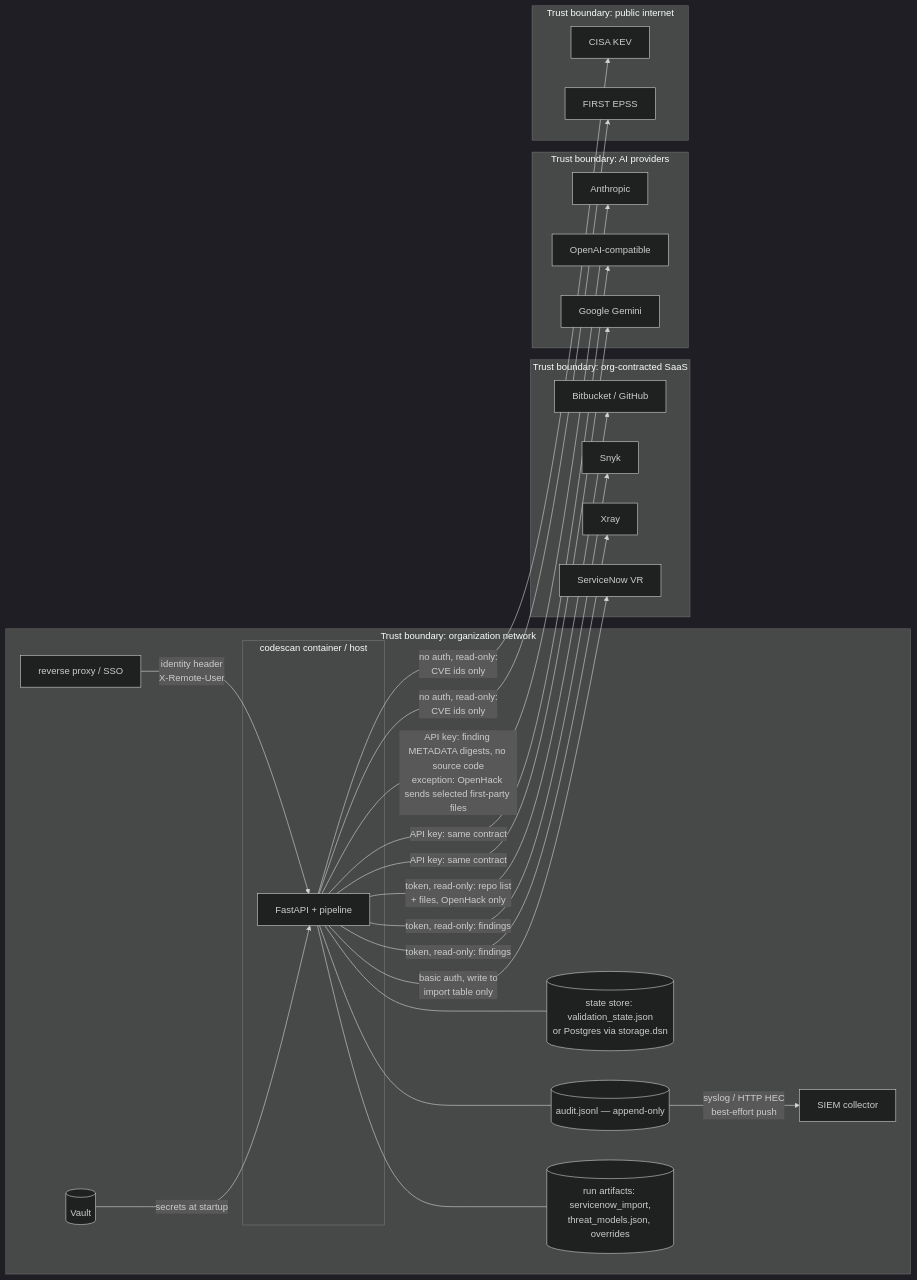
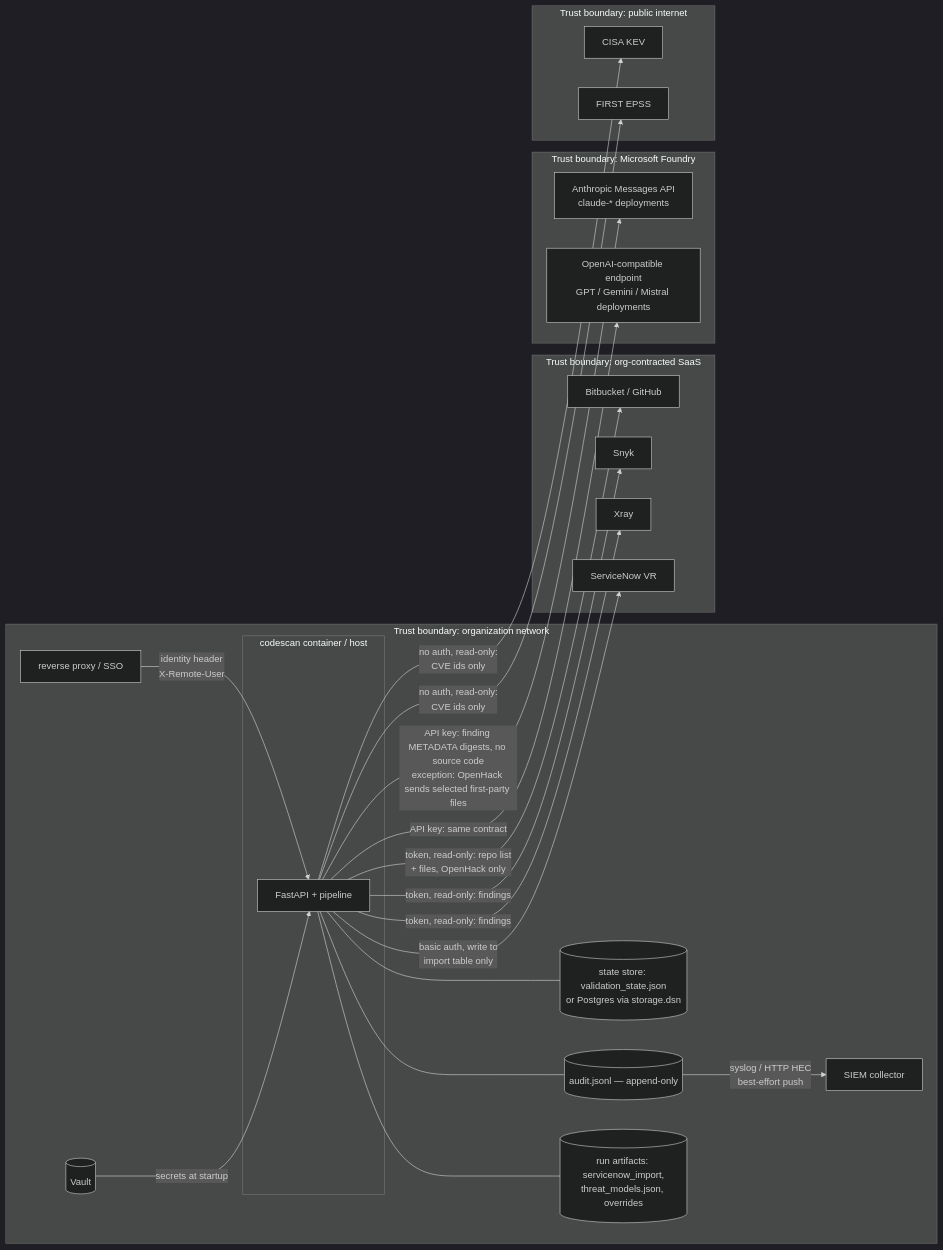
Before and after one commit to mfmiguez-oss/codescan: the third of 3 diagrams in docs/DATAFLOW.md, drawn with Mermaid (dark theme). The commit also changed other lines of this file and 69 other files, not shown here.

````diff
--- a/docs/DATAFLOW.md
+++ b/docs/DATAFLOW.md
@@ -85,48 +85,46 @@
 ```mermaid
 flowchart LR
   subgraph org ["Trust boundary: organization network"]
     subgraph host ["codescan container / host"]
       APP["FastAPI + pipeline"]
     end
     FS[("state store: validation_state.json<br/>or Postgres via storage.dsn")]
     AUD[("audit.jsonl — append-only")]
     ART[("run artifacts: servicenow_import,<br/>threat_models.json, overrides")]
     PRX["reverse proxy / SSO"]
     V[("Vault")]
     SIEMBOX["SIEM collector"]
     APP --- FS
     APP --- AUD
     APP --- ART
     PRX -->|"identity header<br/>X-Remote-User"| APP
     V -->|"secrets at startup"| APP
     AUD -->|"syslog / HTTP HEC<br/>best-effort push"| SIEMBOX
   end
 
   subgraph vendors ["Trust boundary: org-contracted SaaS"]
     BB["Bitbucket / GitHub"]
     SK["Snyk"]
     XR["Xray"]
     SNOW["ServiceNow VR"]
   end
 
-  subgraph aiproviders ["Trust boundary: AI providers"]
-    ANT["Anthropic"]
-    OAI["OpenAI-compatible"]
-    GGL["Google Gemini"]
+  subgraph aiproviders ["Trust boundary: Microsoft Foundry"]
+    ANT["Anthropic Messages API<br/>claude-* deployments"]
+    OAI["OpenAI-compatible endpoint<br/>GPT / Gemini / Mistral deployments"]
   end
 
   subgraph public ["Trust boundary: public internet"]
     KEVSRC["CISA KEV"]
     EPSSSRC["FIRST EPSS"]
   end
 
   APP -->|"token, read-only: repo list<br/>+ files, OpenHack only"| BB
   APP -->|"token, read-only: findings"| SK
   APP -->|"token, read-only: findings"| XR
   APP -->|"no auth, read-only:<br/>CVE ids only"| KEVSRC
   APP -->|"no auth, read-only:<br/>CVE ids only"| EPSSSRC
   APP -->|"API key: finding METADATA digests, no source code<br/>exception: OpenHack sends selected first-party files"| ANT
   APP -->|"API key: same contract"| OAI
-  APP -->|"API key: same contract"| GGL
   APP -->|"basic auth, write to<br/>import table only"| SNOW
 ```
````
